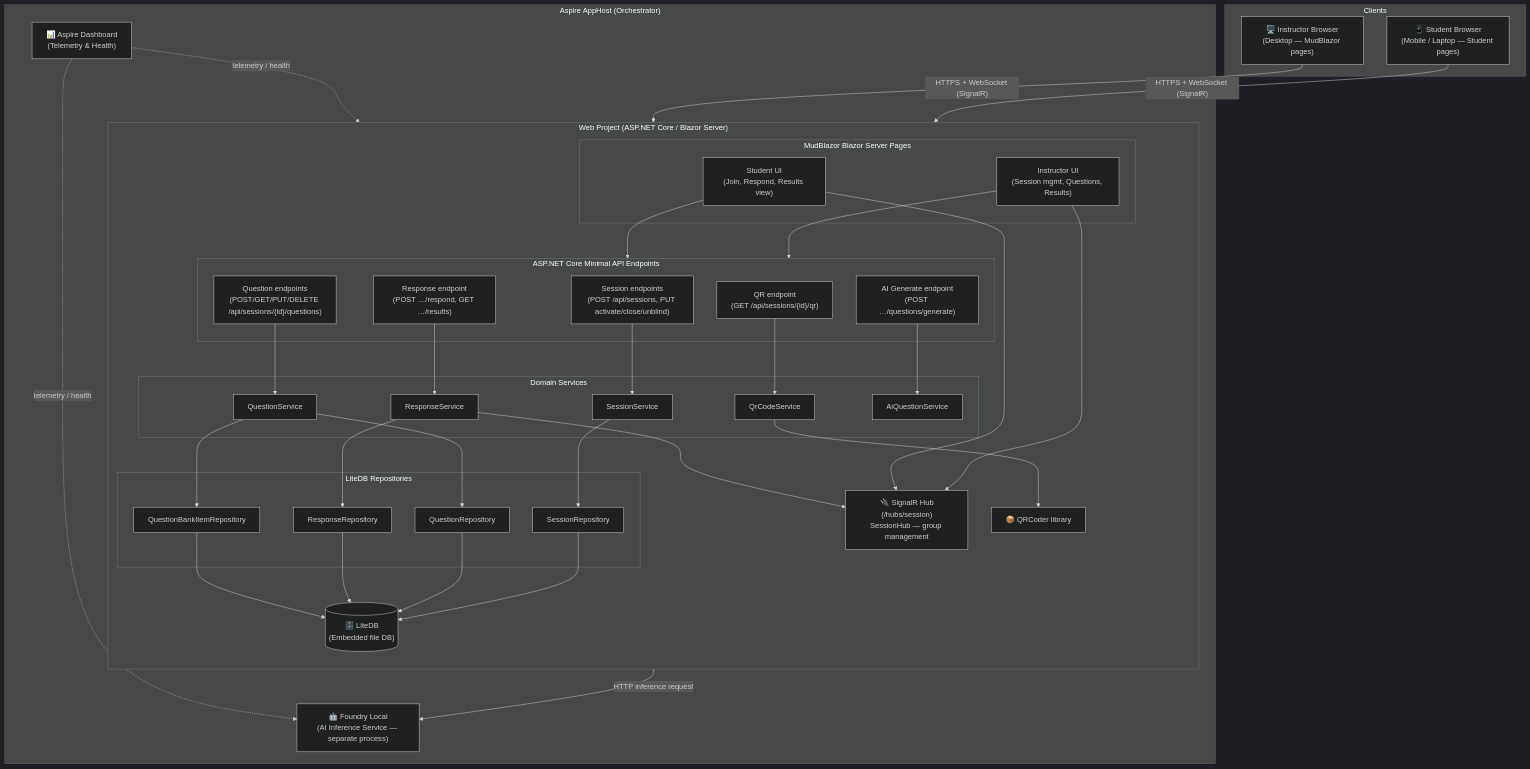
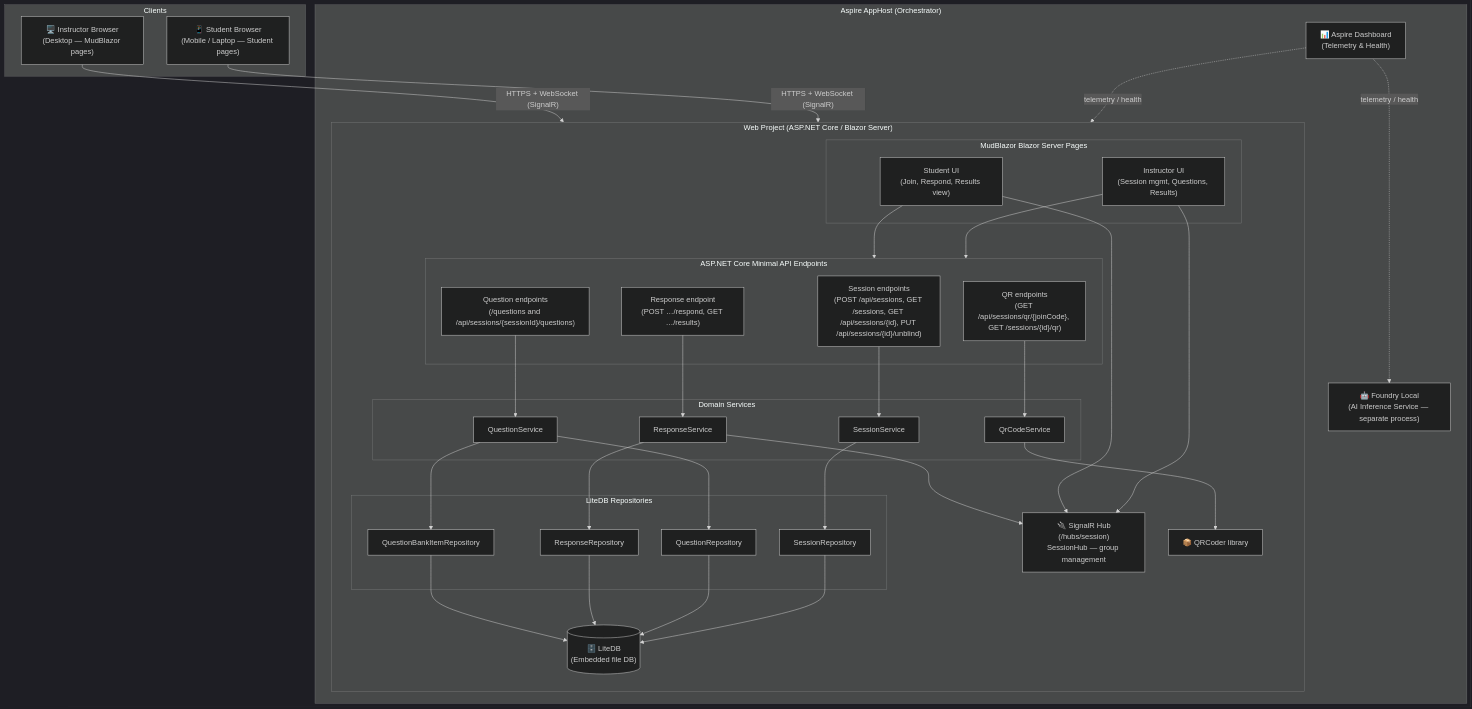
One commit to ECU-Pirate-Forge/pulse-2.0 changed the first of 3 diagrams in docs/architecture.md. Above: the diagram before and after it, drawn with Mermaid (dark theme). The commit also changed other lines of this file and 3 other files, not shown here.

Commit message:
Enhance documentation: Add user workflow and API endpoints for session questions and imports

```diff
--- a/docs/architecture.md
+++ b/docs/architecture.md
@@ -25,11 +25,10 @@
             end
 
             subgraph API["ASP.NET Core Minimal API Endpoints"]
-                SessionAPI["Session endpoints\n(POST /api/sessions, PUT activate/close/unblind)"]
-                QuestionAPI["Question endpoints\n(POST/GET/PUT/DELETE /api/sessions/{id}/questions)"]
+                SessionAPI["Session endpoints\n(POST /api/sessions, GET /sessions, GET /api/sessions/{id}, PUT /api/sessions/{id}/unblind)"]
+                QuestionAPI["Question endpoints\n(/questions and /api/sessions/{sessionId}/questions)"]
                 ResponseAPI["Response endpoint\n(POST …/respond, GET …/results)"]
-                QrAPI["QR endpoint\n(GET /api/sessions/{id}/qr)"]
-                AIGenAPI["AI Generate endpoint\n(POST …/questions/generate)"]
+                QrAPI["QR endpoints\n(GET /api/sessions/qr/{joinCode}, GET /sessions/{id}/qr)"]
             end
 
             Hub["🔌 SignalR Hub\n(/hubs/session)\nSessionHub — group management"]
@@ -39,7 +38,6 @@
                 QuestionSvc["QuestionService"]
                 ResponseSvc["ResponseService"]
                 QrSvc["QrCodeService"]
-                AiSvc["AiQuestionService"]
             end
 
             subgraph Repos["LiteDB Repositories"]
@@ -71,7 +69,6 @@
     QuestionAPI --> QuestionSvc
     ResponseAPI --> ResponseSvc
     QrAPI --> QrSvc
-    AIGenAPI --> AiSvc
 
     %% Services -> Repos
     SessionSvc --> SessionRepo
@@ -89,9 +86,6 @@
     %% QrCodeService -> QRCoder
     QrSvc --> QRCoder
 
-    %% AiQuestionService -> Foundry Local
-    AiSvc -- "HTTP inference request" --> FoundryLocal
-
     %% Aspire Dashboard monitors Web & Foundry
     Dashboard -. "telemetry / health" .-> Web
     Dashboard -. "telemetry / health" .-> FoundryLocal
```
